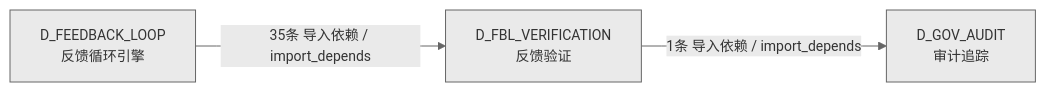
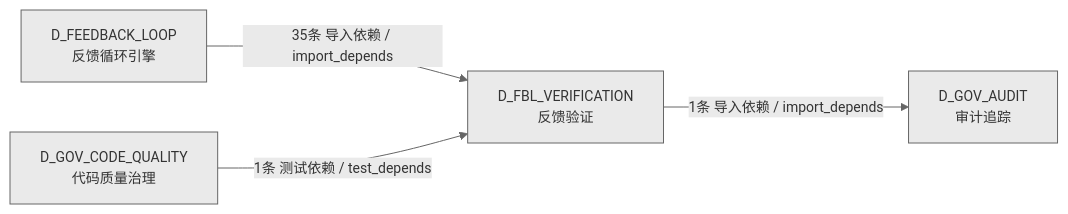
Before and after one commit to xuanFelixVan/ZephyrAlpha: the third of 3 diagrams in docs/02_enterprise_architecture/02_domain_architecture_docs/17_d_fbl_verification.md, drawn with Mermaid. The commit also changed other lines of this file and 45 other files, not shown here.

````diff
--- a/docs/02_enterprise_architecture/02_domain_architecture_docs/17_d_fbl_verification.md
+++ b/docs/02_enterprise_architecture/02_domain_architecture_docs/17_d_fbl_verification.md
@@ -468,9 +469,11 @@
 ```mermaid
 %%{init: {'theme': 'base', 'themeVariables': {'primaryColor': '#eaeaea', 'primaryTextColor': '#333333', 'primaryBorderColor': '#666666', 'lineColor': '#666666', 'secondaryColor': '#eaeaea', 'tertiaryColor': '#eaeaea', 'fontSize': '14px'}}}%%
 graph LR
     D_FBL_VERIFICATION["D_FBL_VERIFICATION<br/>反馈验证"]
     D_GOV_AUDIT["D_GOV_AUDIT<br/>审计追踪"]
     D_FEEDBACK_LOOP["D_FEEDBACK_LOOP<br/>反馈循环引擎"]
+    D_GOV_CODE_QUALITY["D_GOV_CODE_QUALITY<br/>代码质量治理"]
     D_FBL_VERIFICATION -->|1条 导入依赖 / import_depends| D_GOV_AUDIT
     D_FEEDBACK_LOOP -->|35条 导入依赖 / import_depends| D_FBL_VERIFICATION
+    D_GOV_CODE_QUALITY -->|1条 测试依赖 / test_depends| D_FBL_VERIFICATION
 ```
````
